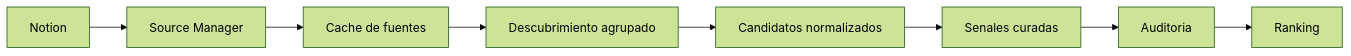
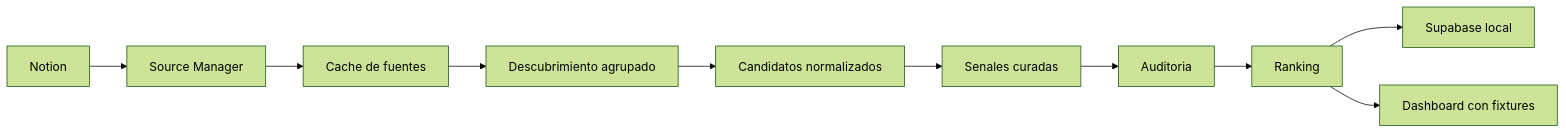
One commit to PedroHincapie/codex- changed the diagram in docs/ai-radar-current-state.md. Above: the diagram before and after it, drawn with Mermaid (forest theme). The commit also changed other lines of this file and 13 other files, not shown here.

Commit message:
feat: alinear dashboard y carga local de Supabase

````diff
--- a/docs/ai-radar-current-state.md
+++ b/docs/ai-radar-current-state.md
@@ -13,10 +13,12 @@
 ```mermaid
 flowchart LR
   N[Notion] --> M[Source Manager]
   M --> C[Cache de fuentes]
   C --> D[Descubrimiento agrupado]
   D --> K[Candidatos normalizados]
   K --> S[Senales curadas]
   S --> A[Auditoria]
   A --> R[Ranking]
+  R --> P[Supabase local]
+  R --> U[Dashboard con fixtures]
 ```
````
